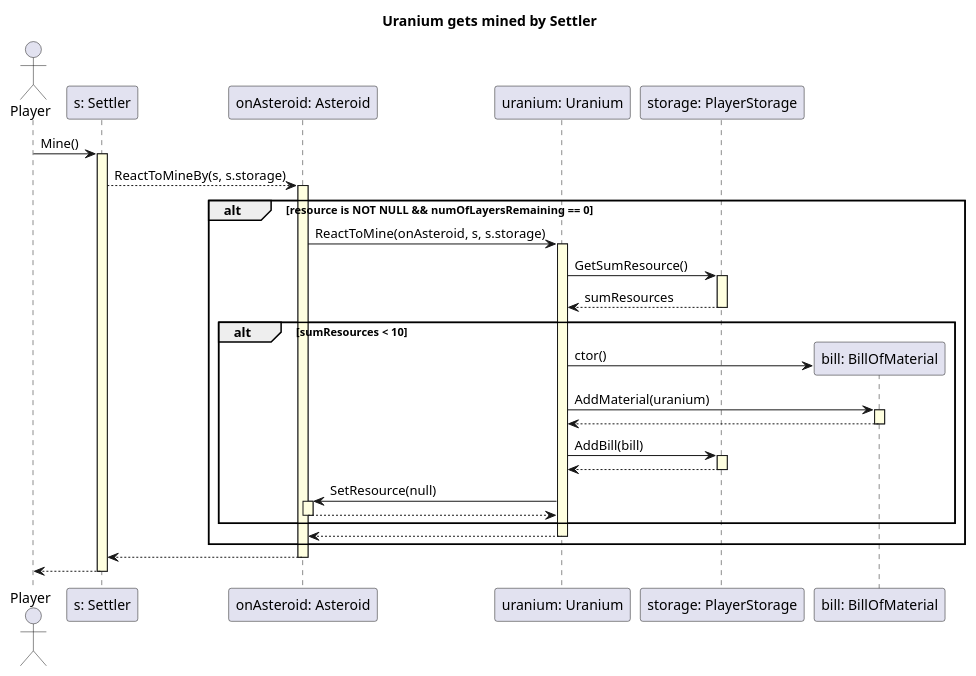
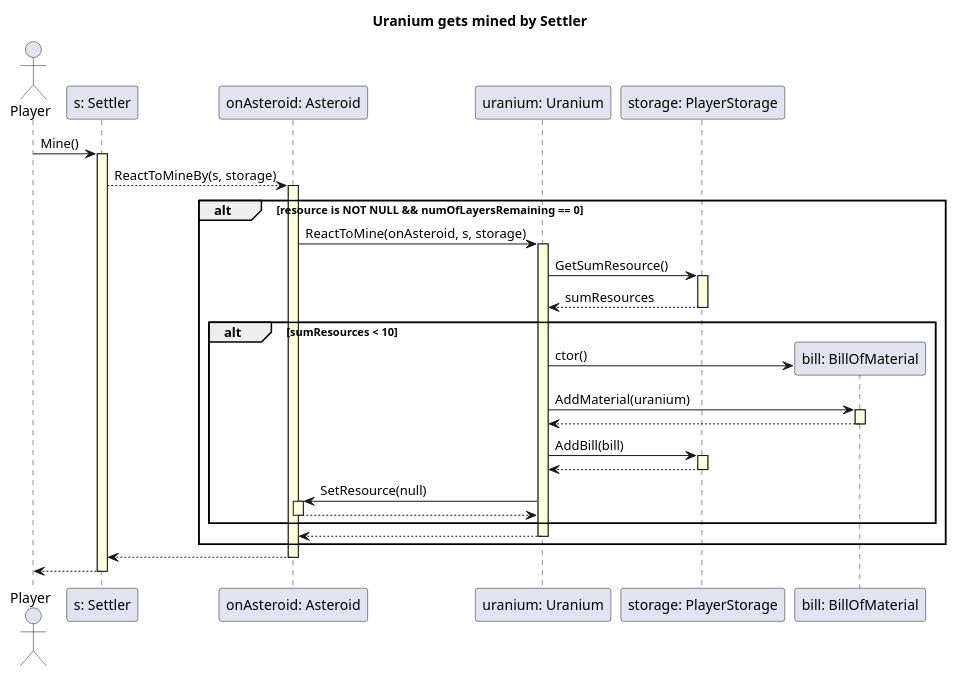
Before and after one commit to triszt4n/projlab_holy_oil: the diagram in uml/original_seq_diagrams/settler_mines.plantuml, drawn with PlantUML. The commit also changed 2 other files, not shown here.

```diff
--- a/uml/original_seq_diagrams/settler_mines.plantuml
+++ b/uml/original_seq_diagrams/settler_mines.plantuml
@@ -1,50 +1,50 @@
 @startuml
 
 skinparam SequenceLifeLineBackgroundColor LightYellow
 
 title Uranium gets mined by Settler
 
 actor Player as PLAYER
 
 participant "s: Settler" as s
 participant "onAsteroid: Asteroid" as a
 participant "uranium: Uranium" as u
 participant "storage: PlayerStorage" as st
 participant "bill: BillOfMaterial" as bill
 
 
 PLAYER -> s ++: Mine()
 
-    s-->a ++: ReactToMineBy(s, s.storage)
+    s-->a ++: ReactToMineBy(s, storage)
 
         alt resource is NOT NULL && numOfLayersRemaining == 0
 
-            a -> u ++: ReactToMine(onAsteroid, s, s.storage)
+            a -> u ++: ReactToMine(onAsteroid, s, storage)
 
                 u -> st ++: GetSumResource()
                 st --> u --: sumResources
 
                 alt sumResources < 10
 
                     u -> bill **: ctor()
 
                     u->bill++: AddMaterial(uranium)
                     bill --> u --
 
                     u->st ++: AddBill(bill)
                     st --> u --
                     
                     u -> a ++: SetResource(null)
                     a --> u -- 
 
                 end
 
             u --> a--
 
         end
 
     a --> s --
 
 s --> PLAYER --
 
 @enduml
```
